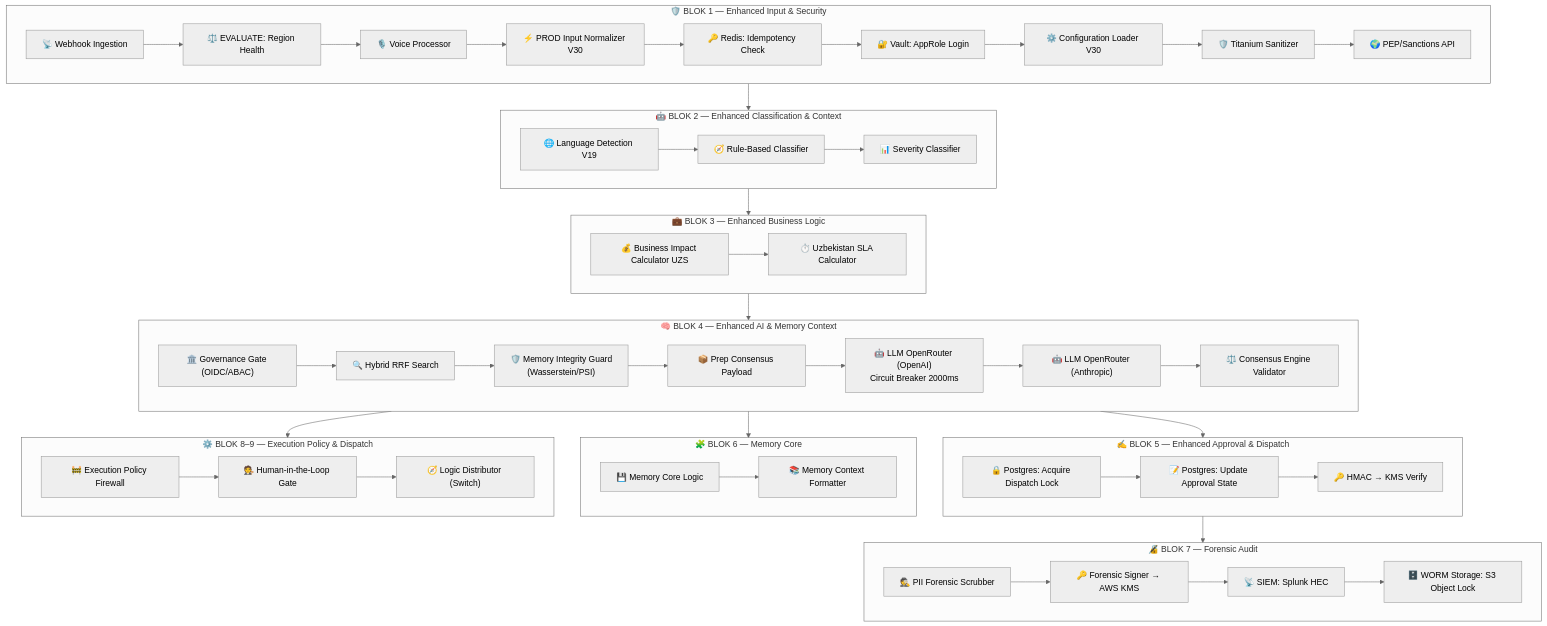
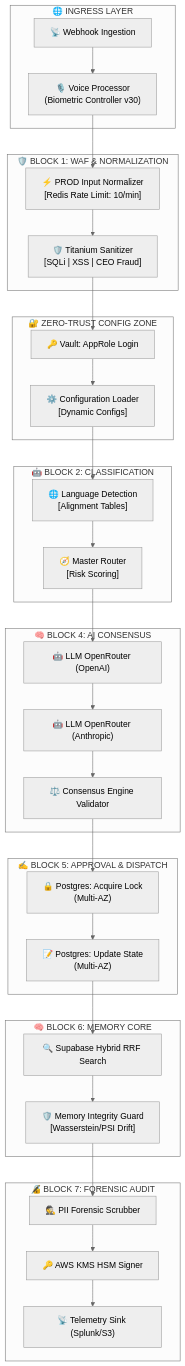
The second of 2 diagrams in README.md (b12hub/REVENANT_V_30), drawn with Mermaid (neutral theme) before and after one commit. The commit also changed other lines of this file and 2 other files, not shown here.

Commit message:
feat(architecture): isolate Trunk 1 and Trunk 3 as stateless micro-workflows

````diff
--- a/README.md
+++ b/README.md
@@ -107,55 +107,47 @@
 ```mermaid
 flowchart TD
-    subgraph B1 ["🛡️ BLOK 1 — Enhanced Input & Security"]
-        WH["📡 Webhook Ingestion"] --> RH["⚖️ EVALUATE: Region Health"]
-        RH --> VP["🎙️ Voice Processor"]
-        VP --> NORM["⚡ PROD Input Normalizer V30"]
-        NORM --> RIDEM["🔑 Redis: Idempotency Check"]
-        RIDEM --> VAL["🔐 Vault: AppRole Login"]
-        VAL --> CL["⚙️ Configuration Loader V30"]
-        CL --> TIT["🛡️ Titanium Sanitizer"]
-        TIT --> PEP["🌍 PEP/Sanctions API"]
+    subgraph INGRESS ["🌐 INGRESS LAYER"]
+        WH["📡 Webhook Ingestion"]
+        VP["🎙️ Voice Processor\n(Biometric Controller v30)"]
     end
 
-    subgraph B2 ["🤖 BLOK 2 — Enhanced Classification & Context"]
-        LDE["🌐 Language Detection V19"] --> RC["🧭 Rule-Based Classifier"]
-        RC --> SEV["📊 Severity Classifier"]
+    subgraph WAF_NORM ["🛡️ BLOCK 1: WAF & NORMALIZATION"]
+        NORM["⚡ PROD Input Normalizer\n[Redis Rate Limit: 10/min]"]
+        TIT["🛡️ Titanium Sanitizer\n[SQLi | XSS | CEO Fraud]"]
     end
 
-    subgraph B3 ["💼 BLOK 3 — Enhanced Business Logic"]
-        BIC["💰 Business Impact Calculator UZS"] --> SLA["⏱️ Uzbekistan SLA Calculator"]
+    subgraph VAULT_ZONE ["🔐 ZERO-TRUST CONFIG ZONE"]
+        VAL["🔑 Vault: AppRole Login"]
+        CL["⚙️ Configuration Loader\n[Dynamic Configs]"]
     end
 
-    subgraph B4 ["🧠 BLOK 4 — Enhanced AI & Memory Context"]
-        GOV["🏛️ Governance Gate (OIDC/ABAC)"] --> RRF["🔍 Hybrid RRF Search"]
-        RRF --> MIG["🛡️ Memory Integrity Guard\n(Wasserstein/PSI)"]
-        MIG --> PCP["📦 Prep Consensus Payload"]
-        PCP --> LLM1["🤖 LLM OpenRouter (OpenAI)\nCircuit Breaker 2000ms"]
-        LLM1 --> LLM2["🤖 LLM OpenRouter (Anthropic)"]
-        LLM2 --> CEV["⚖️ Consensus Engine Validator"]
+    subgraph CLASSIFICATION ["🤖 BLOCK 2: CLASSIFICATION"]
+        LDE["🌐 Language Detection\n[Alignment Tables]"]
+        MR["🧭 Master Router\n[Risk Scoring]"]
     end
 
-    subgraph B5 ["✍️ BLOK 5 — Enhanced Approval & Dispatch"]
-        SDL["🔒 Postgres: Acquire Dispatch Lock"] --> UAS["📝 Postgres: Update Approval State"]
-        UAS --> HMAC["🔑 HMAC → KMS Verify"]
+    subgraph AI_BLOCK ["🧠 BLOCK 4: AI CONSENSUS"]
+        LLM1["🤖 LLM OpenRouter (OpenAI)"]
+        LLM2["🤖 LLM OpenRouter (Anthropic)"]
+        CEV["⚖️ Consensus Engine Validator"]
     end
 
-    subgraph B6 ["🧩 BLOK 6 — Memory Core"]
-        MC["💾 Memory Core Logic"] --> MEM["📚 Memory Context Formatter"]
+    subgraph APPROVAL ["✍️ BLOCK 5: APPROVAL & DISPATCH"]
+        SDL["🔒 Postgres: Acquire Lock\n(Multi-AZ)"]
+        UAS["📝 Postgres: Update State\n(Multi-AZ)"]
     end
 
-    subgraph B7 ["🔏 BLOK 7 — Forensic Audit"]
-        SCRUB["🕵️ PII Forensic Scrubber"] --> SIGN["🔑 Forensic Signer → AWS KMS"]
-        SIGN --> SIEM["📡 SIEM: Splunk HEC"]
-        SIEM --> WORM["🗄️ WORM Storage: S3 Object Lock"]
+    subgraph MEMORY ["🧠 BLOCK 6: MEMORY CORE"]
+        SRPC["🔍 Supabase Hybrid RRF Search"]
+        MIG["🛡️ Memory Integrity Guard\n[Wasserstein/PSI Drift]"]
     end
 
-    subgraph B89 ["⚙️ BLOK 8–9 — Execution Policy & Dispatch"]
-        FW["🚧 Execution Policy Firewall"] --> HIL["🧑‍⚖️ Human-in-the-Loop Gate"]
-        HIL --> DIST["🧭 Logic Distributor (Switch)"]
+    subgraph AUDIT ["🔏 BLOCK 7: FORENSIC AUDIT"]
+        B74["🕵️ PII Forensic Scrubber"]
+        B76["🔑 AWS KMS HSM Signer"]
+        B77["📡 Telemetry Sink (Splunk/S3)"]
     end
 
-    B1 --> B2 --> B3 --> B4 --> B5 --> B7
-    B4 --> B6
-    B4 --> B89
+    WH --> VP --> NORM --> TIT --> VAL --> CL --> LDE --> MR --> LLM1 --> LLM2 --> CEV --> SDL --> UAS --> SRPC --> MIG --> B74 --> B76 --> B77
+
 ```
````
